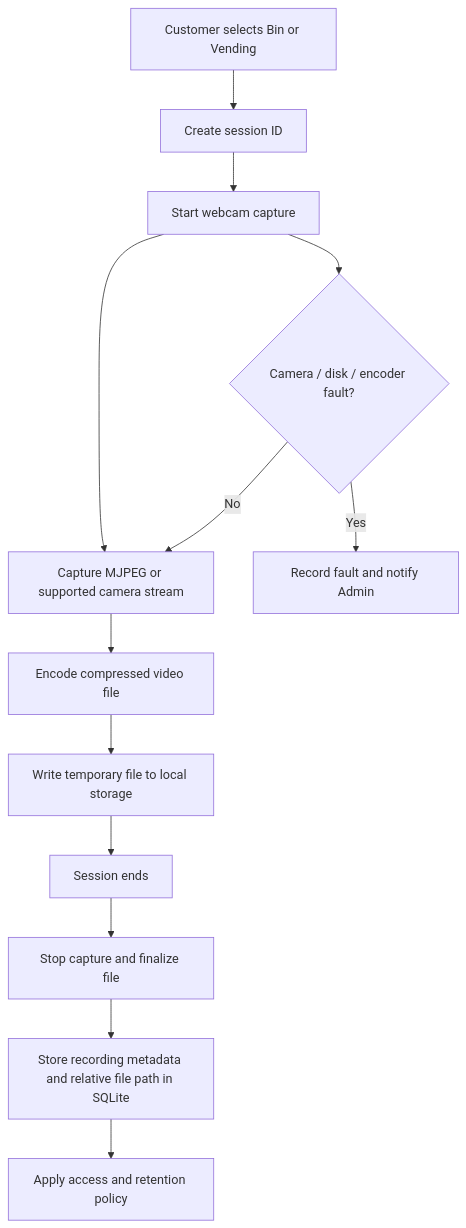
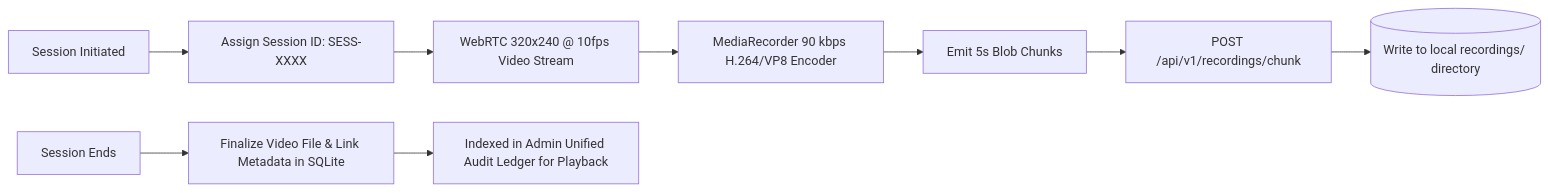
One commit to aswanayyappan/tech-farm-vending-machine changed the fifth of 10 diagrams in SDDS_V5_Documents/SDDS_V5_Plan_of_Action.md. Above: the diagram before and after it, drawn with Mermaid. The commit also changed other lines of this file and 2 other files, not shown here.

Commit message:
docs: synchronize SDDS V5 PRD and Plan of Action with current web architecture

````diff
--- a/SDDS_V5_Documents/SDDS_V5_Plan_of_Action.md
+++ b/SDDS_V5_Documents/SDDS_V5_Plan_of_Action.md
@@ -521,15 +492,11 @@
 ```mermaid
-flowchart TD
-    A[Customer selects Bin or Vending] --> B[Create session ID]
-    B --> C[Start webcam capture]
-    C --> D[Capture MJPEG or supported camera stream]
-    D --> E[Encode compressed video file]
-    E --> F[Write temporary file to local storage]
-    F --> G[Session ends]
-    G --> H[Stop capture and finalize file]
-    H --> I[Store recording metadata and relative file path in SQLite]
-    I --> J[Apply access and retention policy]
-    C --> K{Camera / disk / encoder fault?}
-    K -- Yes --> L[Record fault and notify Admin]
-    K -- No --> D
+flowchart LR
+    START[Session Initiated] --> SESS[Assign Session ID: SESS-XXXX]
+    SESS --> CAPTURE[WebRTC 320x240 @ 10fps Video Stream]
+    CAPTURE --> RECORDER[MediaRecorder 90 kbps H.264/VP8 Encoder]
+    RECORDER --> CHUNK[Emit 5s Blob Chunks]
+    CHUNK --> STREAM[POST /api/v1/recordings/chunk]
+    STREAM --> DISK[(Write to local recordings/ directory)]
+    END[Session Ends] --> FINAL[Finalize Video File & Link Metadata in SQLite]
+    FINAL --> AUDIT[Indexed in Admin Unified Audit Ledger for Playback]
 ```
````
